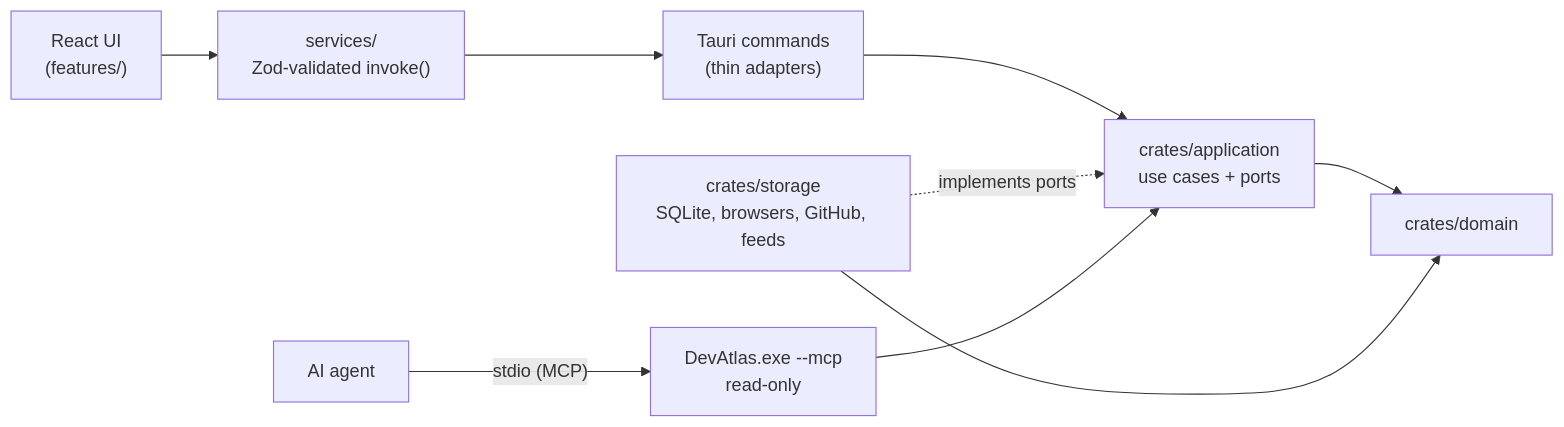
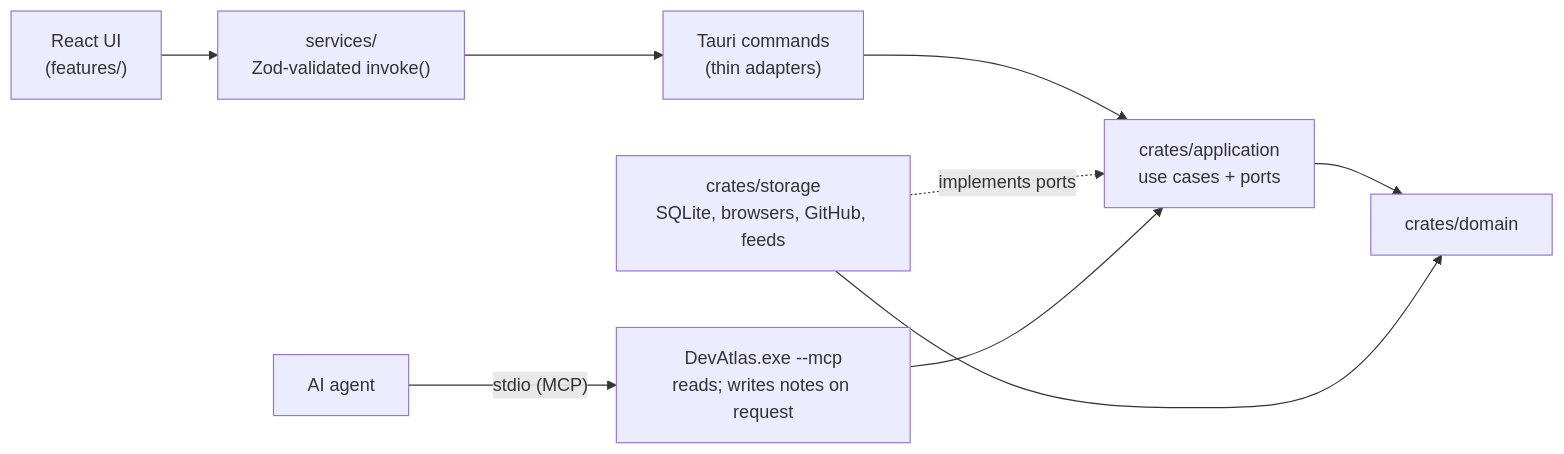
The diagram in README.md (SakithaSamarathunga33/devatlas), drawn with Mermaid before and after one commit. The commit also changed other lines of this file and 24 other files, not shown here.

````diff
--- a/README.md
+++ b/README.md
@@ -218,11 +232,11 @@
 ```mermaid
 flowchart LR
   UI["React UI<br/>(features/)"] --> S["services/<br/>Zod-validated invoke()"]
   S --> C["Tauri commands<br/>(thin adapters)"]
   C --> A["crates/application<br/>use cases + ports"]
   A --> D["crates/domain"]
   ST["crates/storage<br/>SQLite, browsers, GitHub, feeds"] -. implements ports .-> A
   ST --> D
-  Agent["AI agent"] -- "stdio (MCP)" --> M["DevAtlas.exe --mcp<br/>read-only"]
+  Agent["AI agent"] -- "stdio (MCP)" --> M["DevAtlas.exe --mcp<br/>reads; writes notes on request"]
   M --> A
 ```
````
